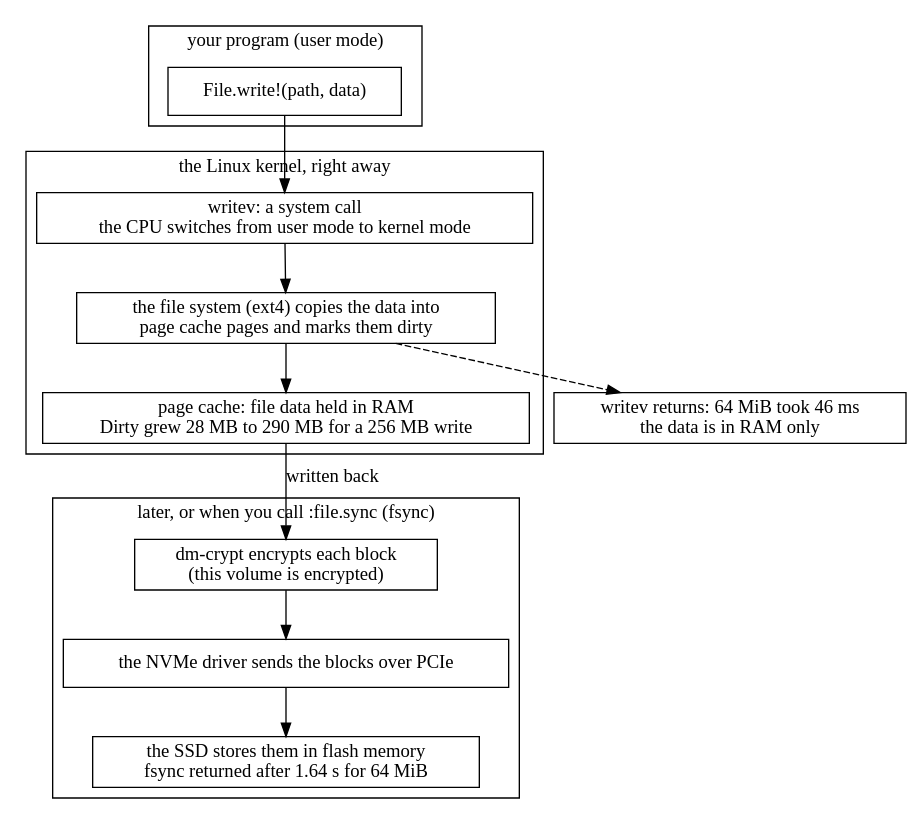
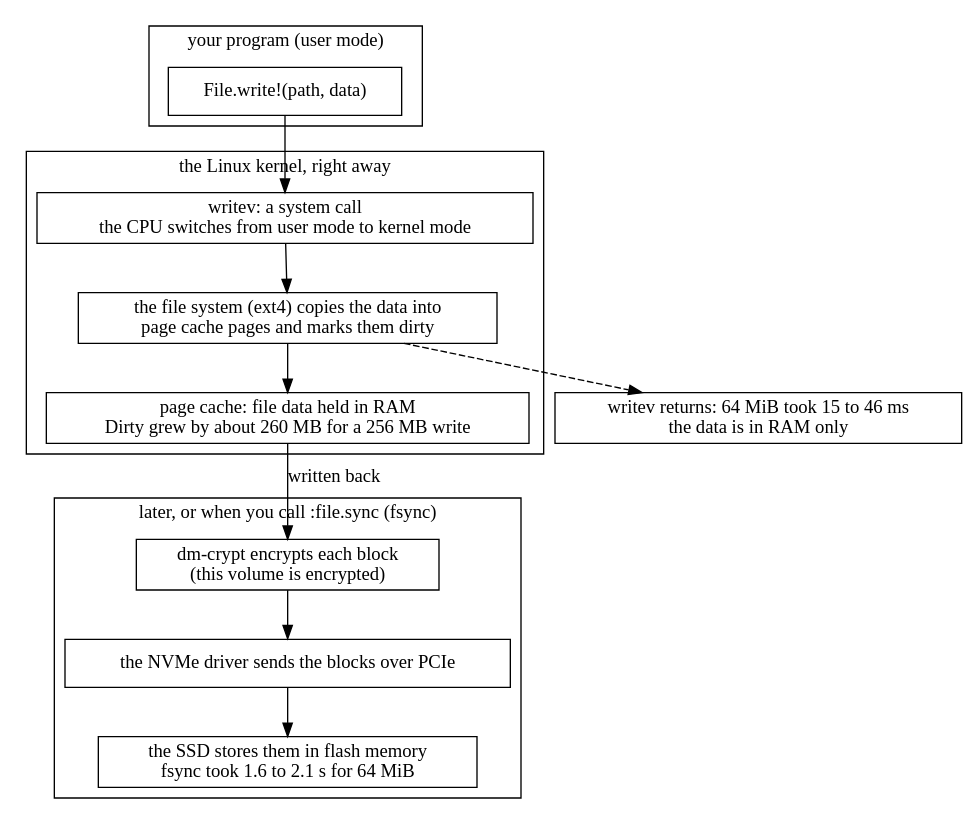
Before and after one commit to danceinthefake/visualixir: the diagram in docs/diagrams/io-and-the-file-system/uth-kernel-stack.dot, drawn with Graphviz. The commit also changed 37 other files, not shown here.

```diff
--- a/docs/diagrams/io-and-the-file-system/uth-kernel-stack.dot
+++ b/docs/diagrams/io-and-the-file-system/uth-kernel-stack.dot
@@ -1,25 +1,25 @@
 digraph kernel_stack {
   node [shape=box]
   subgraph cluster_user {
     label="your program (user mode)"
     a [label="File.write!(path, data)"]
   }
   subgraph cluster_kernel {
     label="the Linux kernel, right away"
     b [label="writev: a system call\nthe CPU switches from user mode to kernel mode"]
     c [label="the file system (ext4) copies the data into\npage cache pages and marks them dirty" class=hl]
-    d [label="page cache: file data held in RAM\nDirty grew 28 MB to 290 MB for a 256 MB write"]
+    d [label="page cache: file data held in RAM\nDirty grew by about 260 MB for a 256 MB write"]
     b -> c -> d
   }
-  r [label="writev returns: 64 MiB took 46 ms\nthe data is in RAM only" class=hl]
+  r [label="writev returns: 64 MiB took 15 to 46 ms\nthe data is in RAM only" class=hl]
   subgraph cluster_later {
     label="later, or when you call :file.sync (fsync)"
     e [label="dm-crypt encrypts each block\n(this volume is encrypted)"]
     f [label="the NVMe driver sends the blocks over PCIe"]
-    g [label="the SSD stores them in flash memory\nfsync returned after 1.64 s for 64 MiB"]
+    g [label="the SSD stores them in flash memory\nfsync took 1.6 to 2.1 s for 64 MiB"]
     e -> f -> g
   }
   a -> b
   c -> r [style=dashed]
   d -> e [label=" written back\l"]
 }
```
